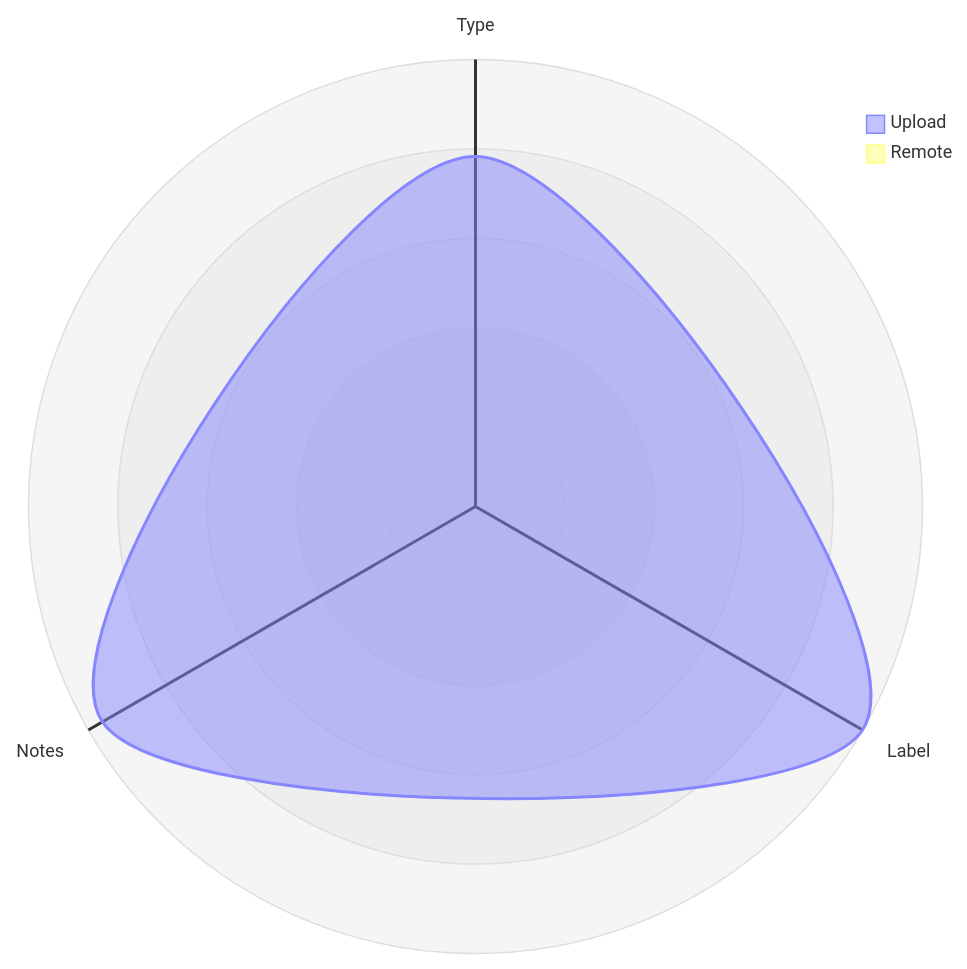
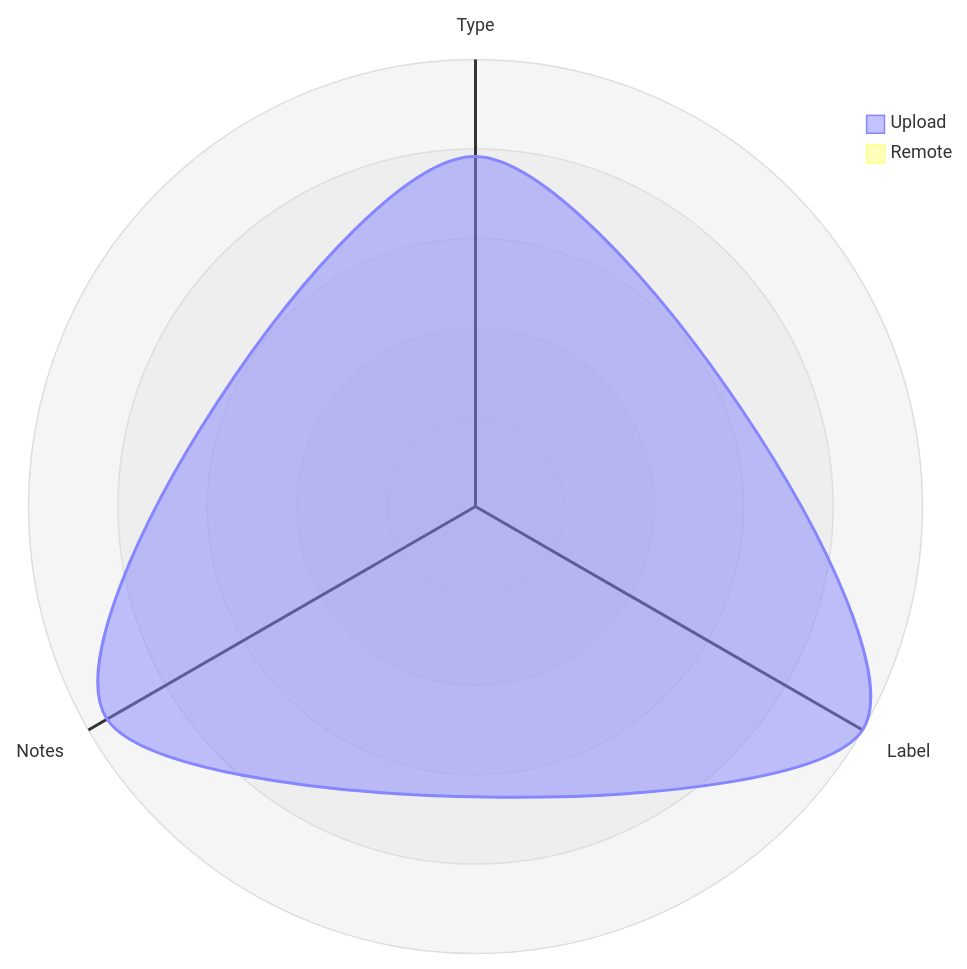
The third of 5 diagrams in datastore_tracker/README.md (open-data/analytics-corporate-reporting), drawn with Mermaid before and after one commit. The commit also changed other lines of this file and 9 other files, not shown here.

````diff
--- a/datastore_tracker/README.md
+++ b/datastore_tracker/README.md
@@ -104,12 +104,12 @@
 ```mermaid
 radar-beta
   axis T["Type"], L["Label"], N["Notes"]
-  curve u["Upload"]{0.00065, 0.00083, 0.0008}
+  curve u["Upload"]{0.00065, 0.00083, 0.00079}
   curve r["Remote"]{0, 0, 0}
 
   showLegend true
 
   min 0
   graticule circle
   ticks 5
 ```
````
